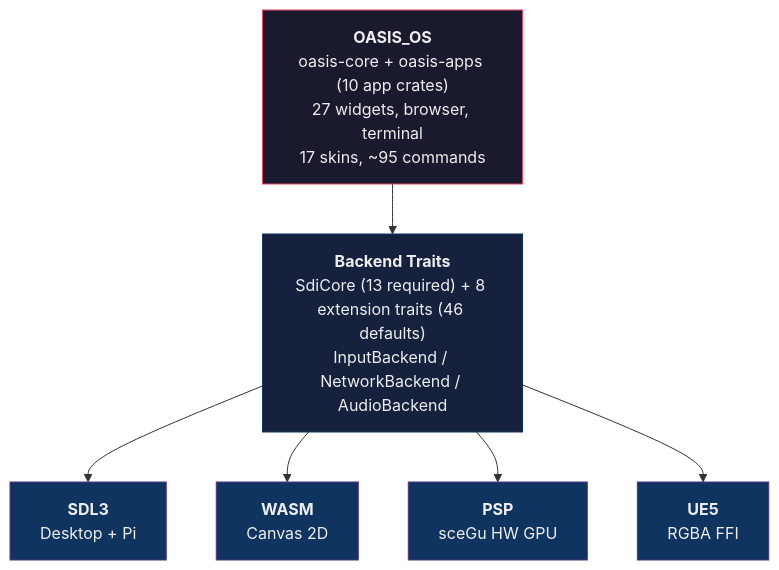
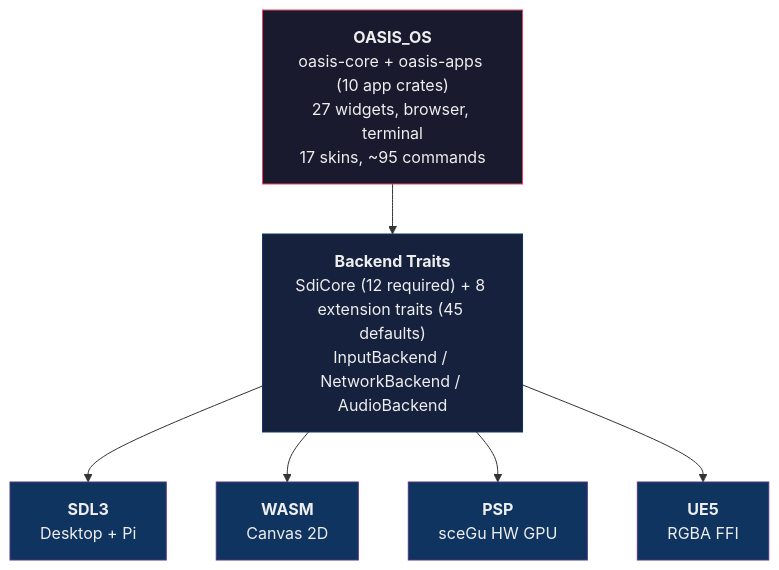
The diagram in README.md (AndrewAltimit/oasis-os), drawn with Mermaid before and after one commit. The commit also changed other lines of this file and 691 other files, not shown here.

````diff
--- a/README.md
+++ b/README.md
@@ -92,23 +92,23 @@
 ```mermaid
 graph TD
     APP["<b>OASIS_OS</b><br/>oasis-core + oasis-apps (10 app crates)<br/>27 widgets, browser, terminal<br/>17 skins, ~95 commands"]
-    TRAITS["<b>Backend Traits</b><br/>SdiCore (13 required) + 8 extension traits (46 defaults)<br/>InputBackend / NetworkBackend / AudioBackend"]
+    TRAITS["<b>Backend Traits</b><br/>SdiCore (12 required) + 8 extension traits (45 defaults)<br/>InputBackend / NetworkBackend / AudioBackend"]
 
     SDL["<b>SDL3</b><br/>Desktop + Pi"]
     WASM["<b>WASM</b><br/>Canvas 2D"]
     PSP["<b>PSP</b><br/>sceGu HW GPU"]
     UE5["<b>UE5</b><br/>RGBA FFI"]
 
     APP --> TRAITS
     TRAITS --> SDL
     TRAITS --> WASM
     TRAITS --> PSP
     TRAITS --> UE5
 
     style APP fill:#1a1a2e,stroke:#e94560,color:#eee
     style TRAITS fill:#16213e,stroke:#0f3460,color:#eee
     style SDL fill:#0f3460,stroke:#533483,color:#eee
     style WASM fill:#0f3460,stroke:#533483,color:#eee
     style PSP fill:#0f3460,stroke:#533483,color:#eee
     style UE5 fill:#0f3460,stroke:#533483,color:#eee
 ```
````
